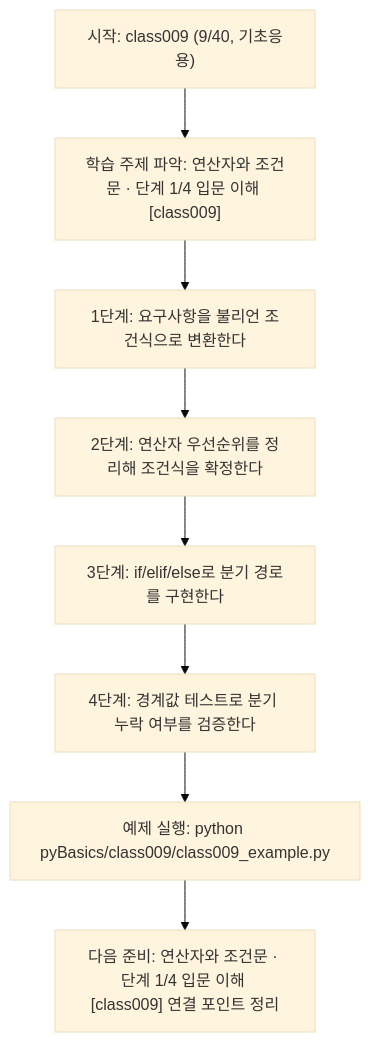
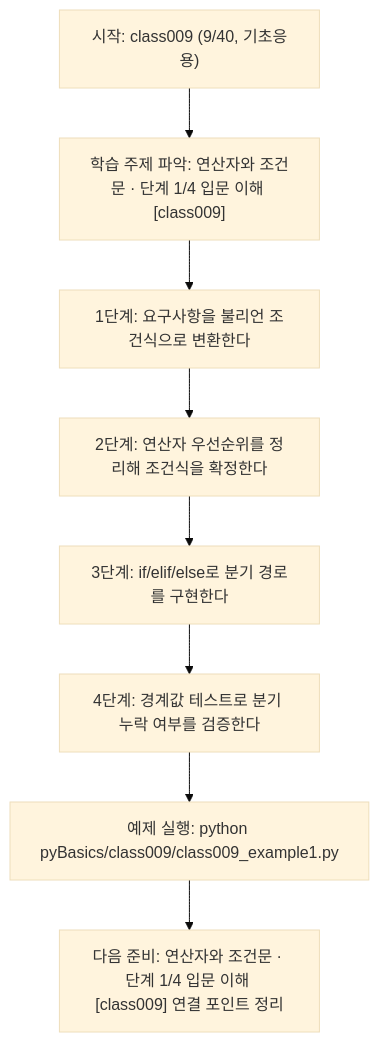
Before and after one commit to edumgt/Python-AI_Agent-Class: the diagram in pyBasics/class009/class009.md, drawn with Mermaid (base theme). The commit also changed other lines of this file and 2959 other files, not shown here.

````diff
--- a/pyBasics/class009/class009.md
+++ b/pyBasics/class009/class009.md
@@ -109,18 +109,18 @@
 ```mermaid
 flowchart TD
 N1["시작: class009 (9/40, 기초응용)"]
 N2["학습 주제 파악: 연산자와 조건문 · 단계 1/4 입문 이해 [class009]"]
 N3["1단계: 요구사항을 불리언 조건식으로 변환한다"]
 N4["2단계: 연산자 우선순위를 정리해 조건식을 확정한다"]
 N5["3단계: if/elif/else로 분기 경로를 구현한다"]
 N6["4단계: 경계값 테스트로 분기 누락 여부를 검증한다"]
-N7["예제 실행: python pyBasics/class009/class009_example.py"]
+N7["예제 실행: python pyBasics/class009/class009_example1.py"]
 N8["다음 준비: 연산자와 조건문 · 단계 1/4 입문 이해 [class009] 연결 포인트 정리"]
 N1 --> N2
 N2 --> N3
 N3 --> N4
 N4 --> N5
 N5 --> N6
 N6 --> N7
 N7 --> N8
 ```
````
